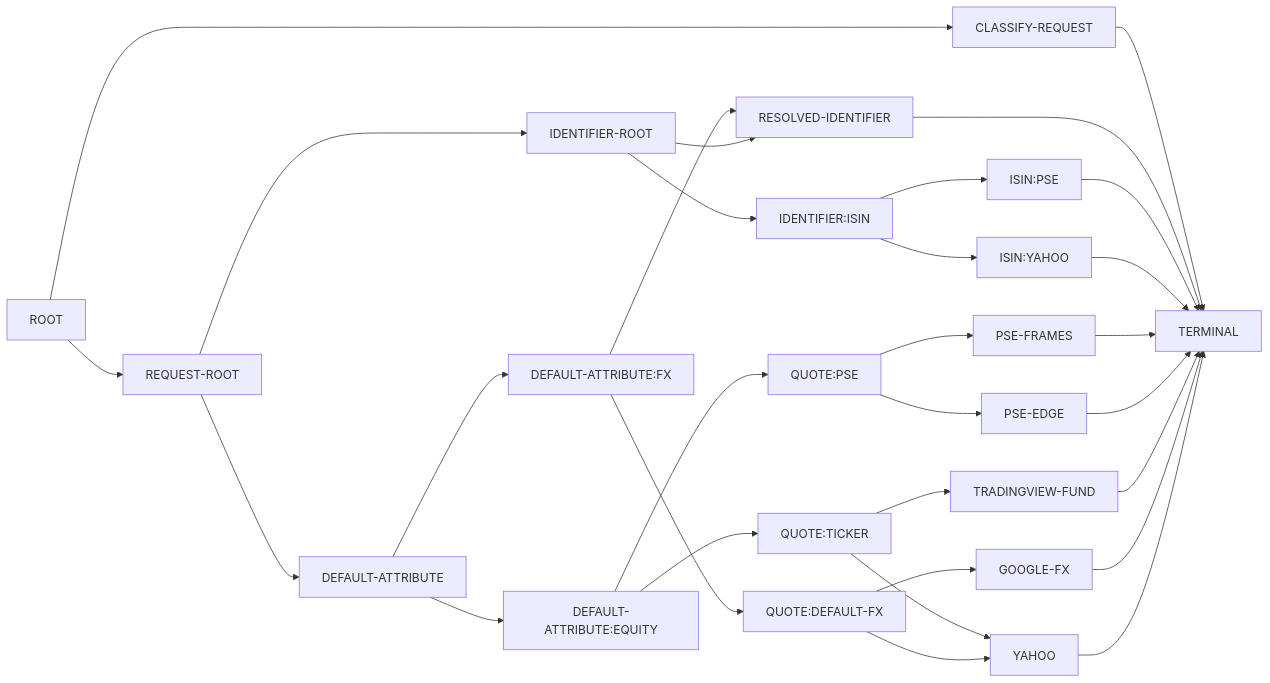
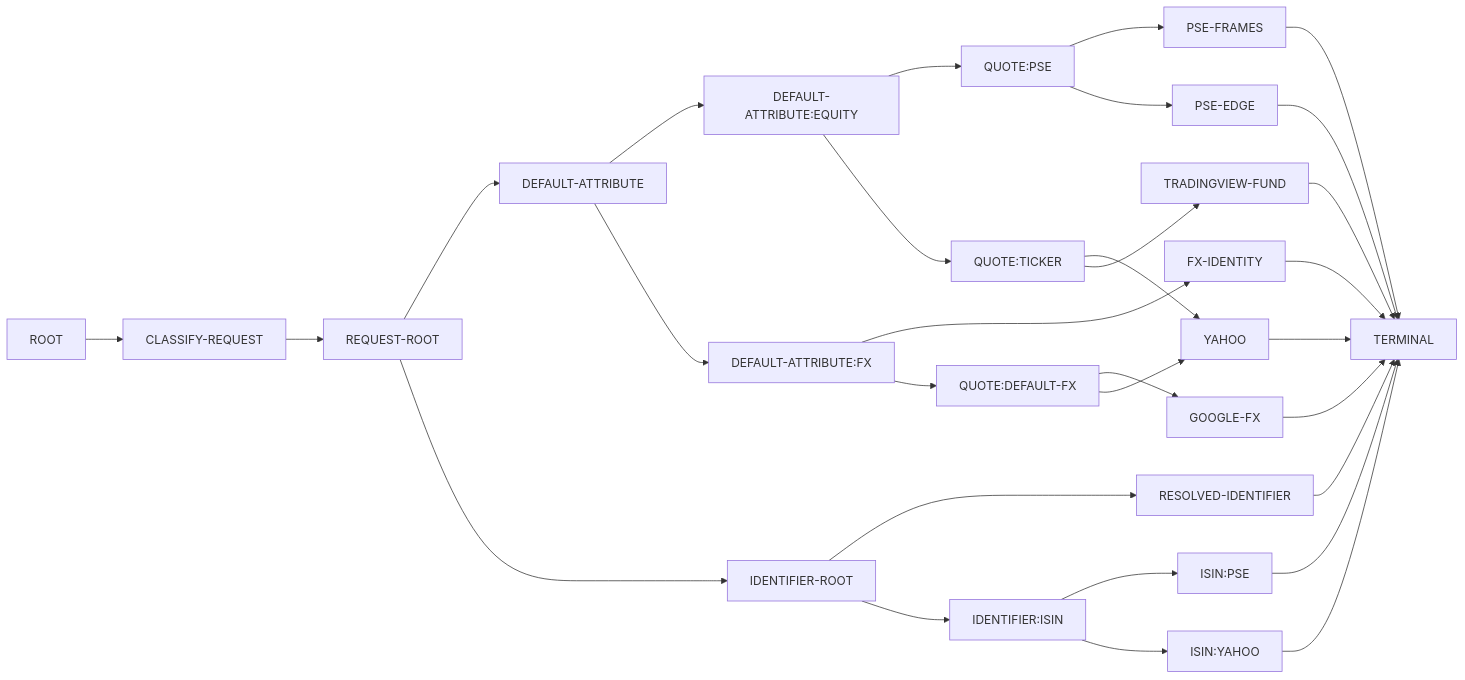
Before and after one commit to omry/hoodlefinance: the first of 3 diagrams in docs/design/routing/execution-graph-compilation.md, drawn with Mermaid. The commit also changed other lines of this file and 17 other files, not shown here.

Commit message:
align graph entry with step-based routing

````diff
--- a/docs/design/routing/execution-graph-compilation.md
+++ b/docs/design/routing/execution-graph-compilation.md
@@ -145,53 +145,53 @@
 ```mermaid
 flowchart LR
-  ROOT[ROOT]
-  CLASSIFY[CLASSIFY-REQUEST]
-  REQ[REQUEST-ROOT]
-  ATTR[DEFAULT-ATTRIBUTE]
-  EQUITY[DEFAULT-ATTRIBUTE:EQUITY]
-  FX[DEFAULT-ATTRIBUTE:FX]
-  TICKER[QUOTE:TICKER]
-  PSE[QUOTE:PSE]
-  FXDEFAULT[QUOTE:DEFAULT-FX]
-  IDENTROOT[IDENTIFIER-ROOT]
-  ISIN[IDENTIFIER:ISIN]
-  DIRECT[RESOLVED-IDENTIFIER]
-  ISINPSE[ISIN:PSE]
-  ISINYAHOO[ISIN:YAHOO]
-  PSEFRAMES[PSE-FRAMES]
-  PSEEDGE[PSE-EDGE]
-  TVFUND[TRADINGVIEW-FUND]
-  GOOGLEFX[GOOGLE-FX]
-  YAHOO[YAHOO]
-  TERMINAL[TERMINAL]
-
-  ROOT --> CLASSIFY
-  ROOT --> REQ
-  CLASSIFY --> TERMINAL
-  REQ --> ATTR
-  REQ --> IDENTROOT
-  ATTR --> EQUITY
-  ATTR --> FX
-  EQUITY --> TICKER
-  EQUITY --> PSE
-  FX --> DIRECT
-  FX --> FXDEFAULT
-  IDENTROOT --> DIRECT
-  IDENTROOT --> ISIN
-  ISIN --> ISINPSE
-  ISIN --> ISINYAHOO
-  PSE --> PSEFRAMES
-  PSE --> PSEEDGE
-  TICKER --> YAHOO
-  TICKER --> TVFUND
-  FXDEFAULT --> GOOGLEFX
-  FXDEFAULT --> YAHOO
-  DIRECT --> TERMINAL
-  ISINPSE --> TERMINAL
-  ISINYAHOO --> TERMINAL
-  PSEFRAMES --> TERMINAL
-  PSEEDGE --> TERMINAL
-  TVFUND --> TERMINAL
-  GOOGLEFX --> TERMINAL
-  YAHOO --> TERMINAL
+  N0["ROOT"]
+  N1["CLASSIFY-REQUEST"]
+  N2["REQUEST-ROOT"]
+  N3["DEFAULT-ATTRIBUTE"]
+  N4["IDENTIFIER-ROOT"]
+  N5["DEFAULT-ATTRIBUTE:EQUITY"]
+  N6["DEFAULT-ATTRIBUTE:FX"]
+  N7["RESOLVED-IDENTIFIER"]
+  N8["IDENTIFIER:ISIN"]
+  N9["QUOTE:PSE"]
+  N10["QUOTE:TICKER"]
+  N11["FX-IDENTITY"]
+  N12["QUOTE:DEFAULT-FX"]
+  N13["ISIN:PSE"]
+  N14["ISIN:YAHOO"]
+  N15["PSE-FRAMES"]
+  N16["PSE-EDGE"]
+  N17["TRADINGVIEW-FUND"]
+  N18["GOOGLE-FX"]
+  N19["YAHOO"]
+  N20["TERMINAL"]
+  N0 --> N1
+  N1 --> N2
+  N2 --> N3
+  N2 --> N4
+  N3 --> N5
+  N3 --> N6
+  N4 --> N7
+  N4 --> N8
+  N5 --> N9
+  N5 --> N10
+  N6 --> N11
+  N6 --> N12
+  N7 --> N20
+  N8 --> N13
+  N8 --> N14
+  N9 --> N15
+  N9 --> N16
+  N10 --> N19
+  N10 --> N17
+  N11 --> N20
+  N12 --> N18
+  N12 --> N19
+  N13 --> N20
+  N14 --> N20
+  N15 --> N20
+  N16 --> N20
+  N17 --> N20
+  N18 --> N20
+  N19 --> N20
 ```
````
